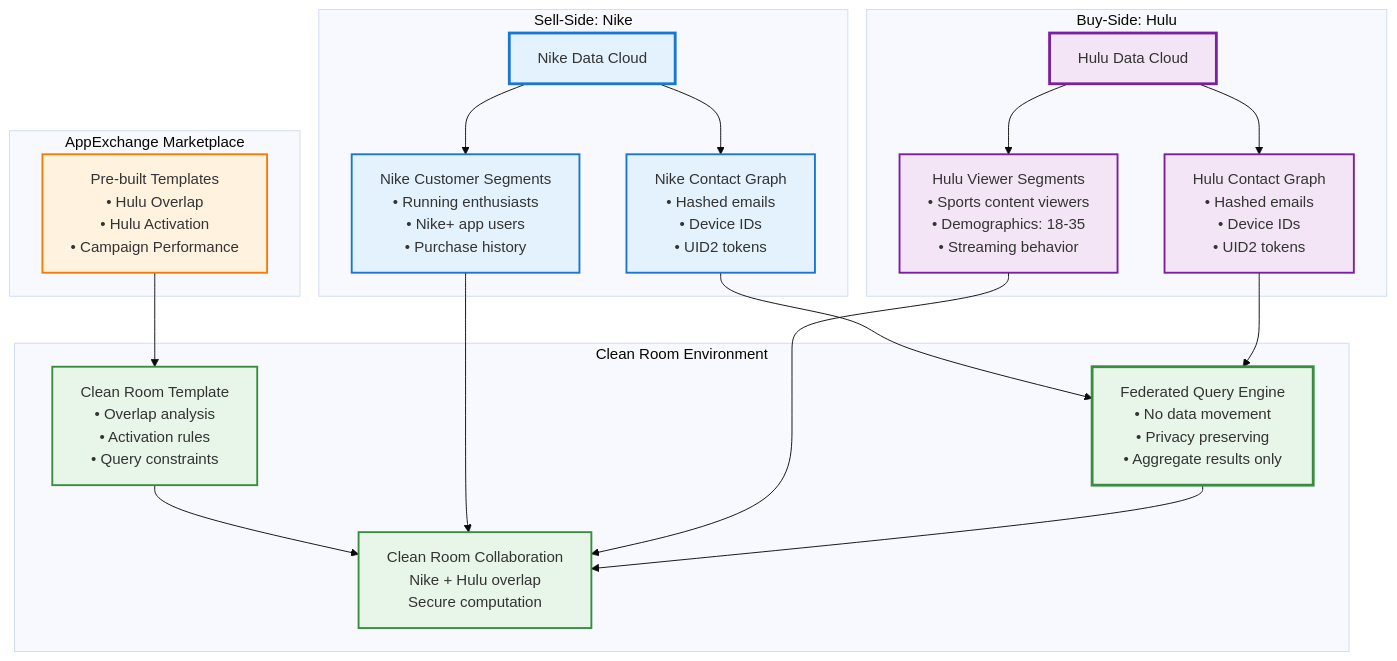
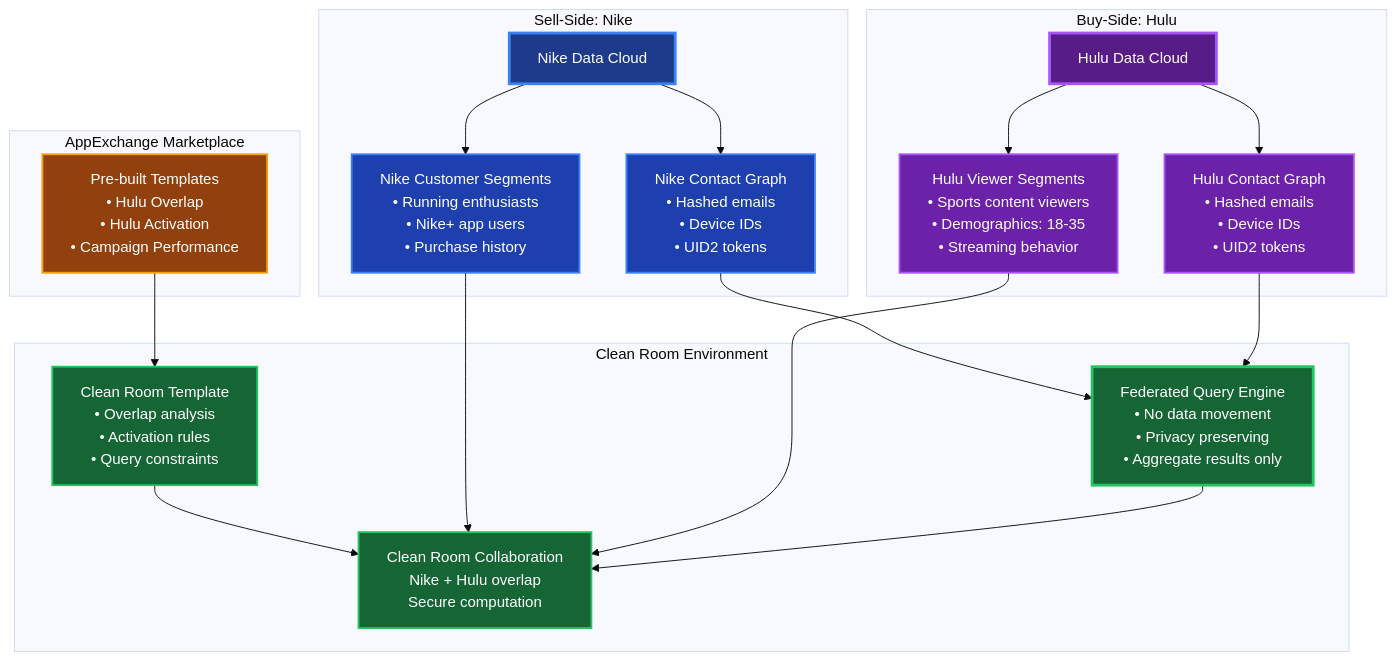
Before and after one commit to arupsarkar-sfdc/Misc: the first of 10 diagrams in data-cloud/clean-room/README_DataCloud_Clean_Room_Architecture.md, drawn with Mermaid (base theme). The commit also changed other lines of this file and 4 other files, not shown here.

Commit message:
feat: addred segmentation logic and updated process diagrams and sequence diagram with dark mode colors and sequence steps

````diff
--- a/data-cloud/clean-room/README_DataCloud_Clean_Room_Architecture.md
+++ b/data-cloud/clean-room/README_DataCloud_Clean_Room_Architecture.md
@@ -11,48 +11,48 @@
 ```mermaid
 graph TB
     subgraph "Sell-Side: Nike"
         NIKE_DC[Nike Data Cloud]
         NIKE_SEG["Nike Customer Segments<br/>• Running enthusiasts<br/>• Nike+ app users<br/>• Purchase history"]
         NIKE_CONTACT["Nike Contact Graph<br/>• Hashed emails<br/>• Device IDs<br/>• UID2 tokens"]
     end
     
     subgraph "Clean Room Environment"
         TEMPLATE["Clean Room Template<br/>• Overlap analysis<br/>• Activation rules<br/>• Query constraints"]
         FEDERATED["Federated Query Engine<br/>• No data movement<br/>• Privacy preserving<br/>• Aggregate results only"]
         COLLAB["Clean Room Collaboration<br/>Nike + Hulu overlap<br/>Secure computation"]
     end
     
     subgraph "Buy-Side: Hulu"
         HULU_DC[Hulu Data Cloud]
         HULU_SEG["Hulu Viewer Segments<br/>• Sports content viewers<br/>• Demographics: 18-35<br/>• Streaming behavior"]
         HULU_CONTACT["Hulu Contact Graph<br/>• Hashed emails<br/>• Device IDs<br/>• UID2 tokens"]
     end
     
     subgraph "AppExchange Marketplace"
         TEMPLATES["Pre-built Templates<br/>• Hulu Overlap<br/>• Hulu Activation<br/>• Campaign Performance"]
     end
     
     NIKE_DC --> NIKE_SEG
     NIKE_DC --> NIKE_CONTACT
     HULU_DC --> HULU_SEG
     HULU_DC --> HULU_CONTACT
     
     TEMPLATES --> TEMPLATE
     TEMPLATE --> COLLAB
     NIKE_SEG --> COLLAB
     HULU_SEG --> COLLAB
     NIKE_CONTACT --> FEDERATED
     HULU_CONTACT --> FEDERATED
     FEDERATED --> COLLAB
     
-    style NIKE_DC fill:#e3f2fd,stroke:#1976d2,stroke-width:3px
-    style NIKE_SEG fill:#e3f2fd,stroke:#1976d2,stroke-width:2px
-    style NIKE_CONTACT fill:#e3f2fd,stroke:#1976d2,stroke-width:2px
-    style HULU_DC fill:#f3e5f5,stroke:#7b1fa2,stroke-width:3px
-    style HULU_SEG fill:#f3e5f5,stroke:#7b1fa2,stroke-width:2px
-    style HULU_CONTACT fill:#f3e5f5,stroke:#7b1fa2,stroke-width:2px
-    style TEMPLATE fill:#e8f5e9,stroke:#388e3c,stroke-width:2px
-    style FEDERATED fill:#e8f5e9,stroke:#388e3c,stroke-width:3px
-    style COLLAB fill:#e8f5e9,stroke:#388e3c,stroke-width:2px
-    style TEMPLATES fill:#fff3e0,stroke:#f57c00,stroke-width:2px
+    style NIKE_DC fill:#1e3a8a,stroke:#3b82f6,stroke-width:3px,color:#ffffff
+    style NIKE_SEG fill:#1e40af,stroke:#3b82f6,stroke-width:2px,color:#ffffff
+    style NIKE_CONTACT fill:#1e40af,stroke:#3b82f6,stroke-width:2px,color:#ffffff
+    style HULU_DC fill:#581c87,stroke:#a855f7,stroke-width:3px,color:#ffffff
+    style HULU_SEG fill:#6b21a8,stroke:#a855f7,stroke-width:2px,color:#ffffff
+    style HULU_CONTACT fill:#6b21a8,stroke:#a855f7,stroke-width:2px,color:#ffffff
+    style TEMPLATE fill:#166534,stroke:#22c55e,stroke-width:2px,color:#ffffff
+    style FEDERATED fill:#166534,stroke:#22c55e,stroke-width:3px,color:#ffffff
+    style COLLAB fill:#166534,stroke:#22c55e,stroke-width:2px,color:#ffffff
+    style TEMPLATES fill:#92400e,stroke:#f59e0b,stroke-width:2px,color:#ffffff
 ```
````
